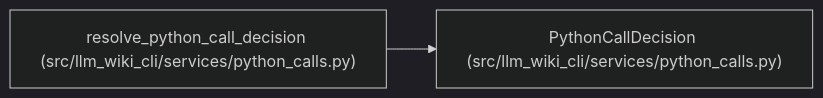
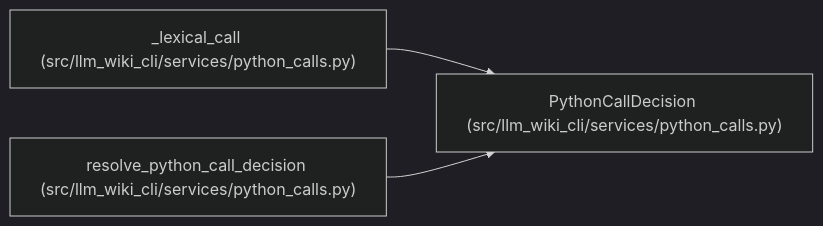
The diagram in docs/llm_wiki/entities/PythonCallDecision.md (Denissvgn/python-wiki-llm), drawn with Mermaid (dark theme) before and after one commit. The commit also changed other lines of this file and 581 other files, not shown here.

````diff
--- a/docs/llm_wiki/entities/PythonCallDecision.md
+++ b/docs/llm_wiki/entities/PythonCallDecision.md
@@ -37,8 +37,11 @@
 ```mermaid
 flowchart LR
     n0["PythonCallDecision (src/llm_wiki_cli/services/python_calls.py)"]
-    n1["resolve_python_call_decision (src/llm_wiki_cli/services/python_calls.py)"]
+    n1["_lexical_call (src/llm_wiki_cli/services/python_calls.py)"]
+    n2["resolve_python_call_decision (src/llm_wiki_cli/services/python_calls.py)"]
     n1 --> n0
+    n2 --> n0
     click n0 "../modules/python_calls.md"
     click n1 "../modules/python_calls.md"
+    click n2 "../modules/python_calls.md"
 ```
````
